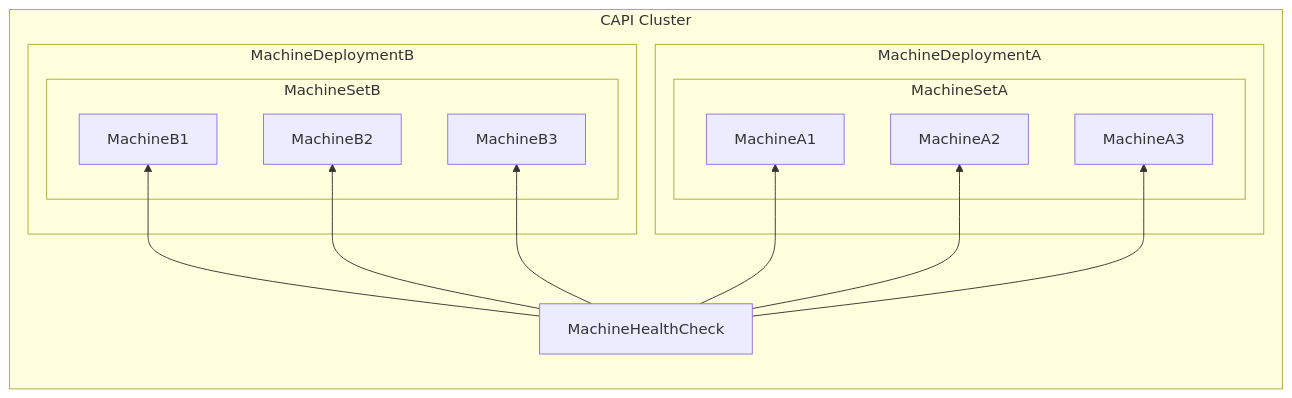
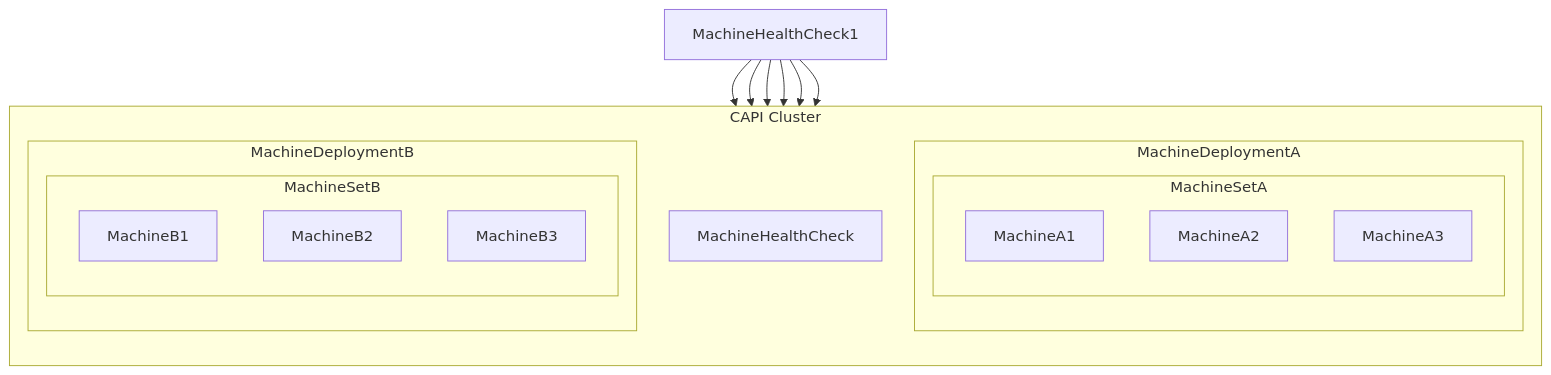
The first of 2 diagrams in docs/provisioning/00_capi.md (aiyengar2/k8s-docs), drawn with Mermaid before and after one commit. The commit also changed other lines of this file, not shown here.

````diff
--- a/docs/provisioning/00_capi.md
+++ b/docs/provisioning/00_capi.md
@@ -16,28 +16,28 @@
 ```mermaid
 graph TD
     subgraph CAPI Cluster
     direction BT
     subgraph MachineDeploymentA
     subgraph MachineSetA
     MachineA1
     MachineA2
     MachineA3
     end
     end
     subgraph MachineDeploymentB
     subgraph MachineSetB
     MachineB1
     MachineB2
     MachineB3
     end
     end
     MachineHealthCheck
     end
 
-    MachineHealthCheck-->MachineA1
-    MachineHealthCheck-->MachineA2
-    MachineHealthCheck-->MachineA3
-    MachineHealthCheck-->MachineB1
-    MachineHealthCheck-->MachineB2
-    MachineHealthCheck-->MachineB3
+    MachineHealthCheck1-->MachineA1
+    MachineHealthCheck1-->MachineA2
+    MachineHealthCheck1-->MachineA3
+    MachineHealthCheck1-->MachineB1
+    MachineHealthCheck1-->MachineB2
+    MachineHealthCheck1-->MachineB3
 ```
````
